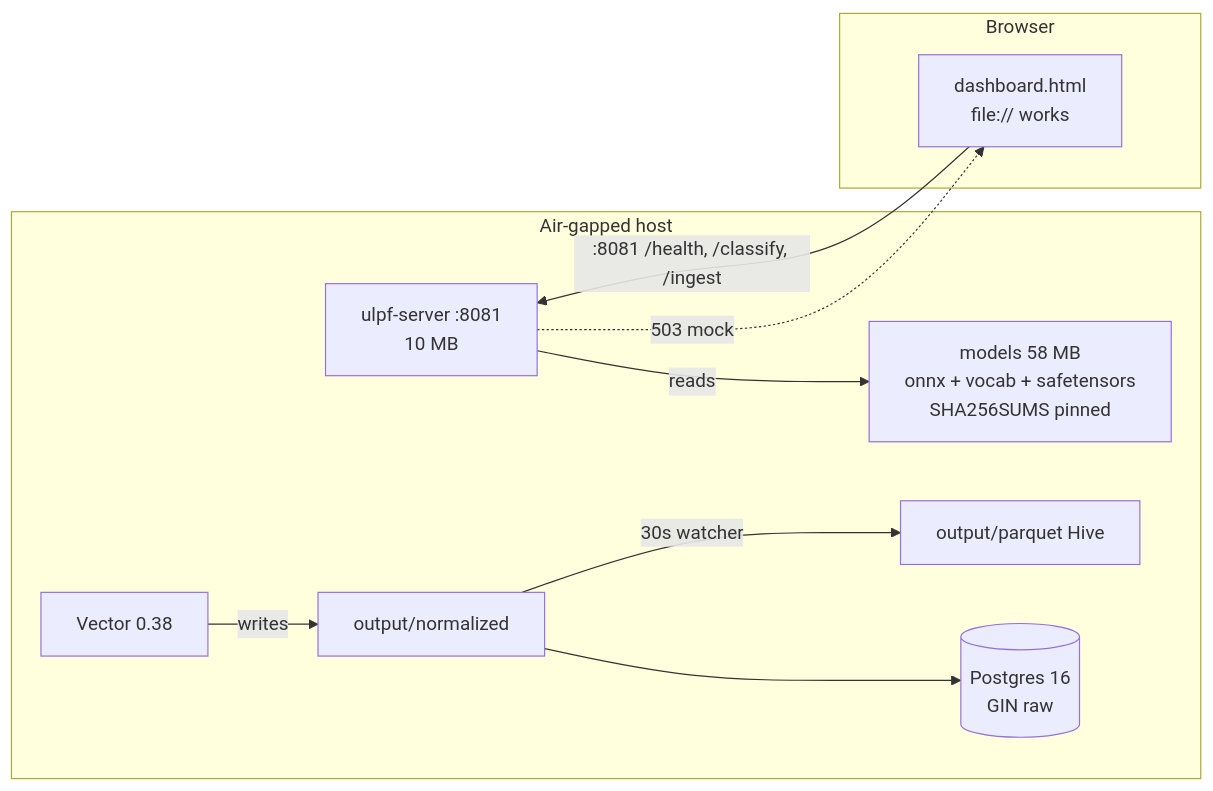
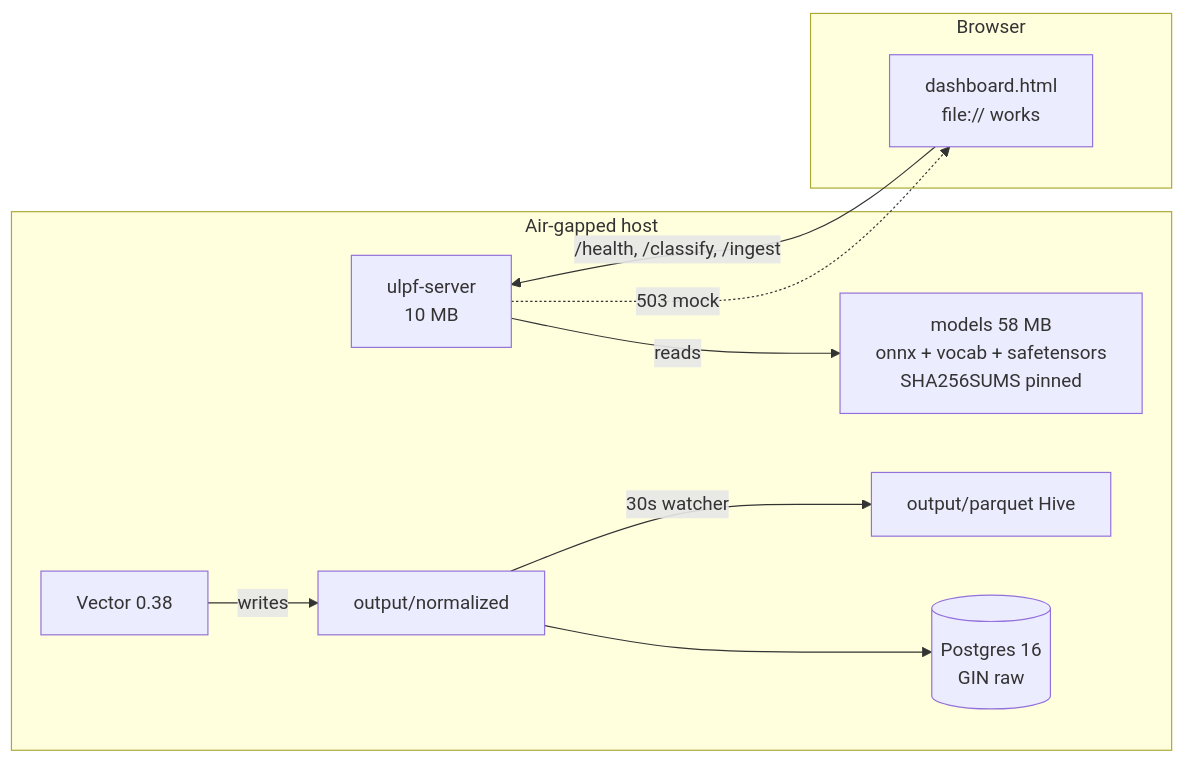
Before and after one commit to LusterSourav/logforce: the third of 3 diagrams in docs/SYSTEM_ARCHITECTURE.md, drawn with Mermaid. The commit also changed other lines of this file, not shown here.

Commit message:
Update system architecture doc

````diff
--- a/docs/SYSTEM_ARCHITECTURE.md
+++ b/docs/SYSTEM_ARCHITECTURE.md
@@ -95,20 +95,20 @@
 ```mermaid
 flowchart LR
  subgraph Host["Air-gapped host"]
-  GO[ulpf-server :8081<br/>10 MB]
+  GO[ulpf-server <br/>10 MB]
   MOD[models 58 MB<br/>onnx + vocab + safetensors<br/>SHA256SUMS pinned]
   VEC[Vector 0.38]
   ND2[output/normalized]
   PAR[output/parquet Hive]
   PG2[(Postgres 16<br/>GIN raw)]
  end
  subgraph Browser["Browser"]
   DASH[dashboard.html<br/>file:// works]
  end
- DASH -- :8081 /health, /classify, /ingest --> GO
+ DASH --  /health, /classify, /ingest --> GO
  GO -- reads --> MOD
  VEC -- writes --> ND2
  ND2 -- 30s watcher --> PAR
  ND2 --> PG2
  GO -. 503 mock .-> DASH
 ```
````
